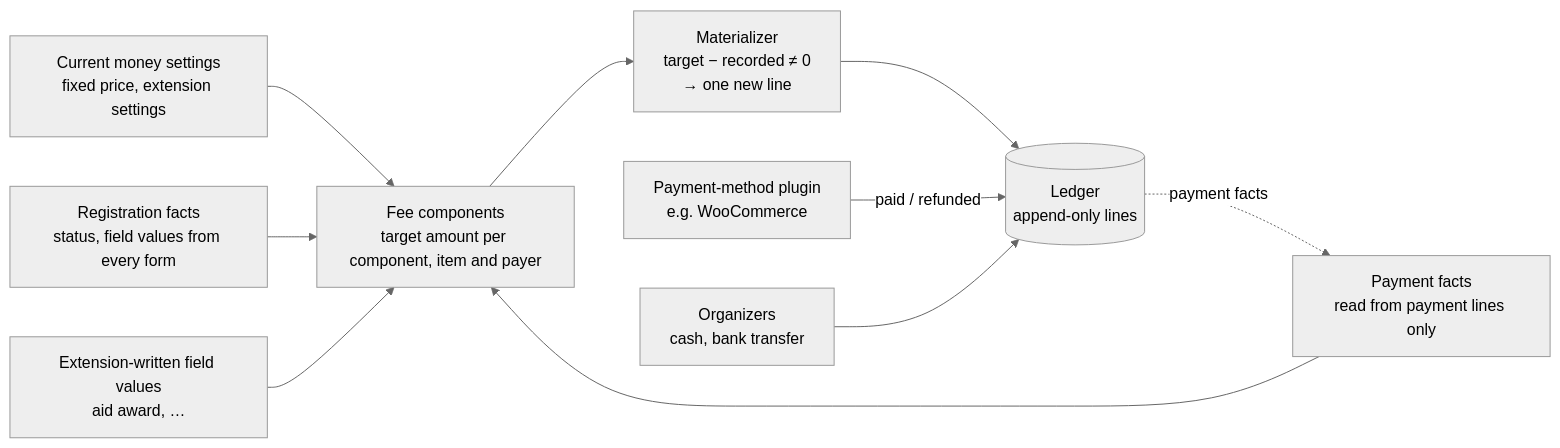
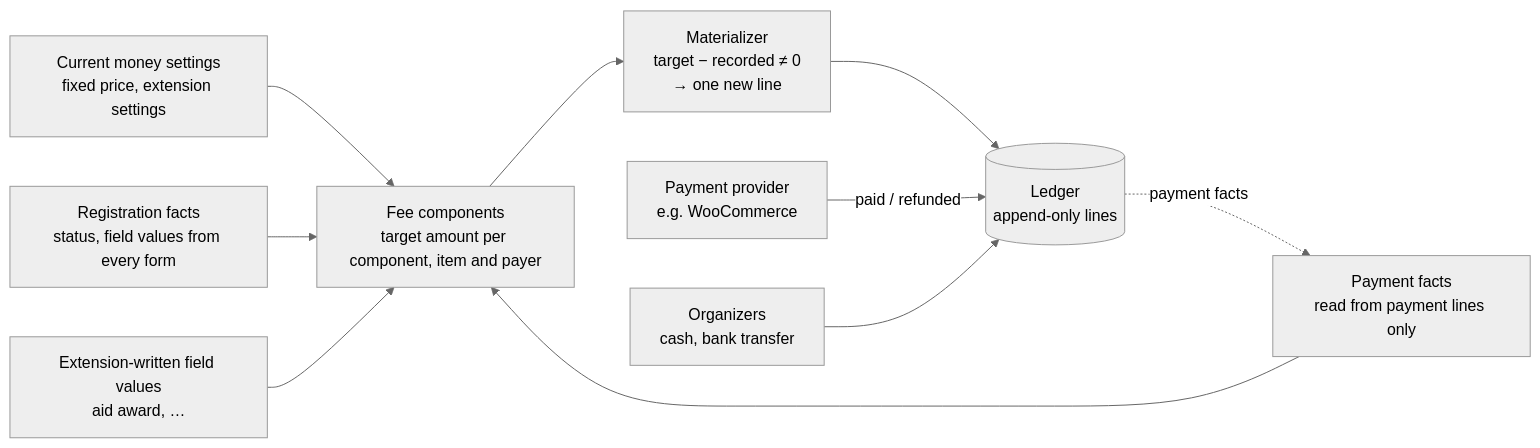
The first of 2 diagrams in docs/architecture/money.md (reformatus/kalaka), drawn with Mermaid (neutral theme) before and after one commit. The commit also changed other lines of this file, not shown here.

````diff
--- a/docs/architecture/money.md
+++ b/docs/architecture/money.md
@@ -388,12 +404,12 @@
 ```mermaid
 flowchart LR
   S["Current money settings<br/>fixed price, extension settings"] --> R
   F["Registration facts<br/>status, field values from every form"] --> R
   X["Extension-written field values<br/>aid award, …"] --> R
   PF["Payment facts<br/>read from payment lines only"] --> R
   R["Fee components<br/>target amount per component, item and payer"] --> MZ["Materializer<br/>target − recorded ≠ 0<br/>→ one new line"]
   MZ --> L[("Ledger<br/>append-only lines")]
-  PM["Payment-method plugin<br/>e.g. WooCommerce"] -->|"paid / refunded"| L
+  PM["Payment provider<br/>e.g. WooCommerce"] -->|"paid / refunded"| L
   ST["Organizers<br/>cash, bank transfer"] --> L
   L -. "payment facts" .-> PF
 ```
````
